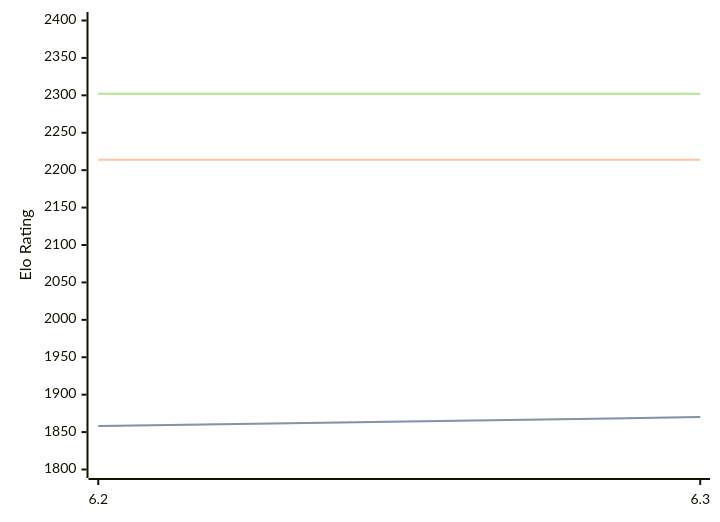
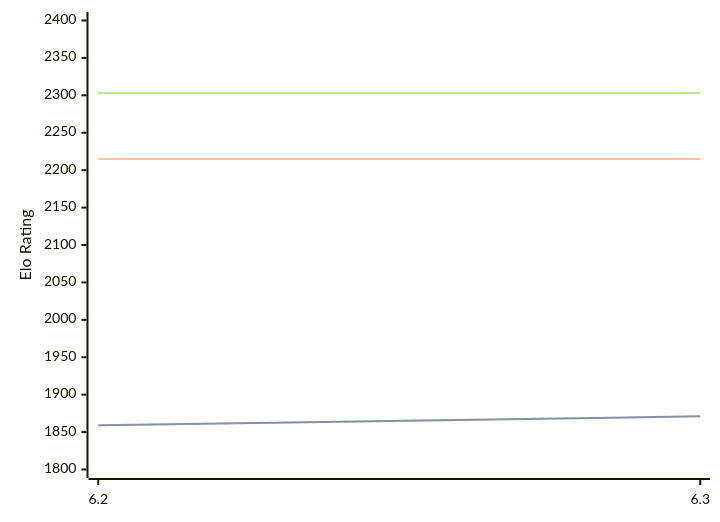
Before and after one commit to computer-chess-index/cci: the diagram in engines/chess4j.md, drawn with Mermaid. The commit also changed other lines of this file, not shown here.

Commit message:
Update CCI Ratings (ELO VLTC) - 2026-10-09

````diff
--- a/engines/chess4j.md
+++ b/engines/chess4j.md
@@ -32,11 +32,11 @@
 ```mermaid
 %%{init: {"theme":"base","themeVariables":{"seriesColors:['#a3a3a3','#222221','#faa371']}}}%%
 xychart-beta
   x-axis ["6.2", "6.3"]
   y-axis "Elo Rating" 1800 --> 2400
-  line "" [1858, 1870]
-  line "STC (8.0+0.08s)" [1858, 1870]
-  line "LTC (60.0+0.60s)" [2214, 2214]
-  line "" [2302, 2302]
-  line "VLTC (2m24s+1.12s)" [2302, 2302]
+  line "" [1859, 1871]
+  line "STC (8.0+0.08s)" [1859, 1871]
+  line "LTC (60.0+0.60s)" [2215, 2215]
+  line "" [2303, 2303]
+  line "VLTC (2m24s+1.12s)" [2303, 2303]
 ```
````
